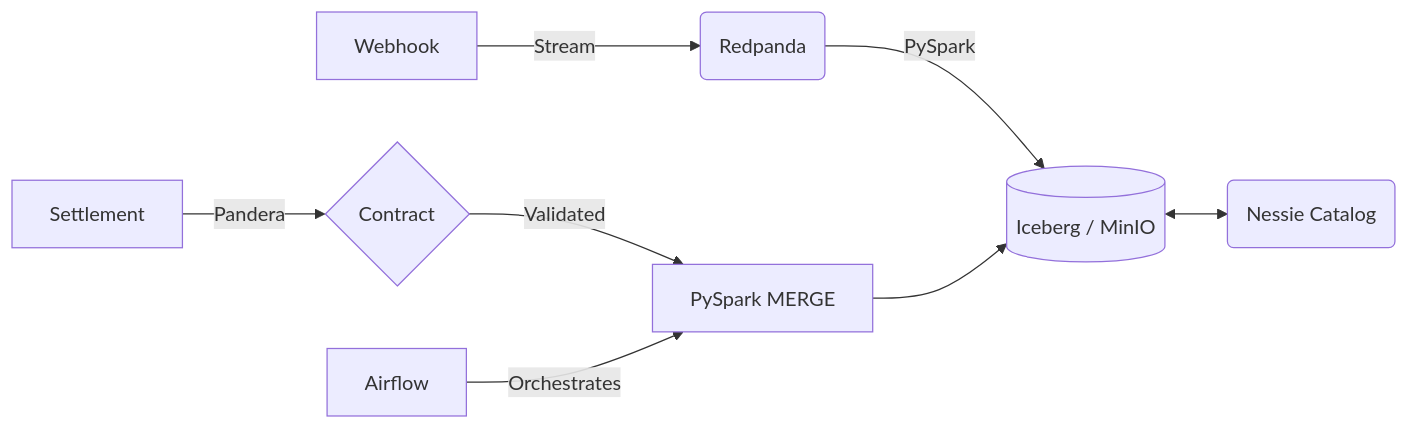
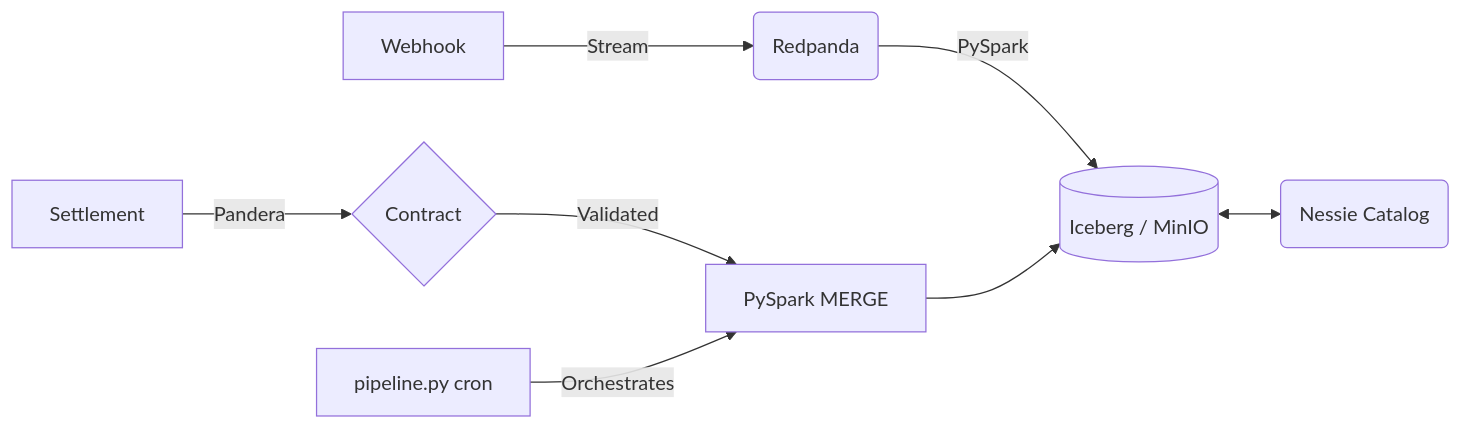
The diagram in README.md (DhanushPillay/tx-recon), drawn with Mermaid before and after one commit. The commit also changed other lines of this file and 9 other files, not shown here.

````diff
--- a/README.md
+++ b/README.md
@@ -36,12 +36,12 @@
 ```mermaid
 flowchart LR
     A[Webhook] -->|Stream| B(Redpanda)
     B -->|PySpark| C[(Iceberg / MinIO)]
     
     E[Settlement] -->|Pandera| V{Contract}
     V -->|Validated| F[PySpark MERGE]
     F --> C
     
-    G[Airflow] -->|Orchestrates| F
+    G[pipeline.py cron] -->|Orchestrates| F
     C <--> H(Nessie Catalog)
 ```
````
